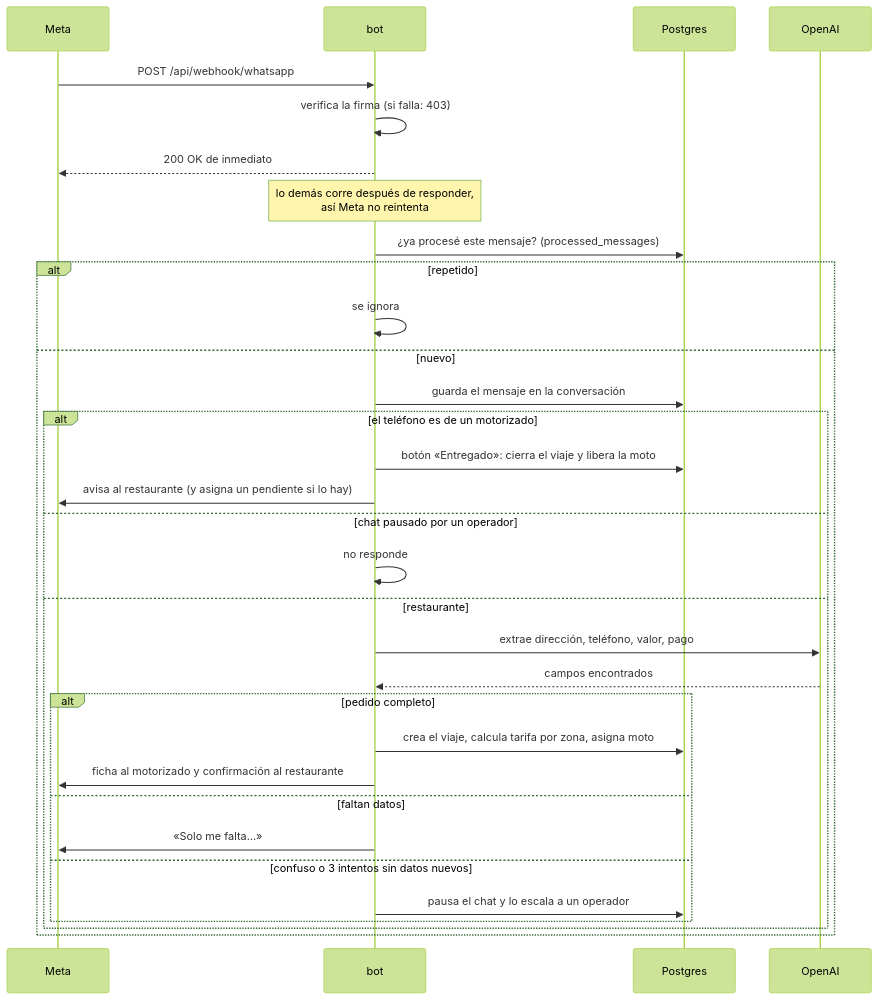
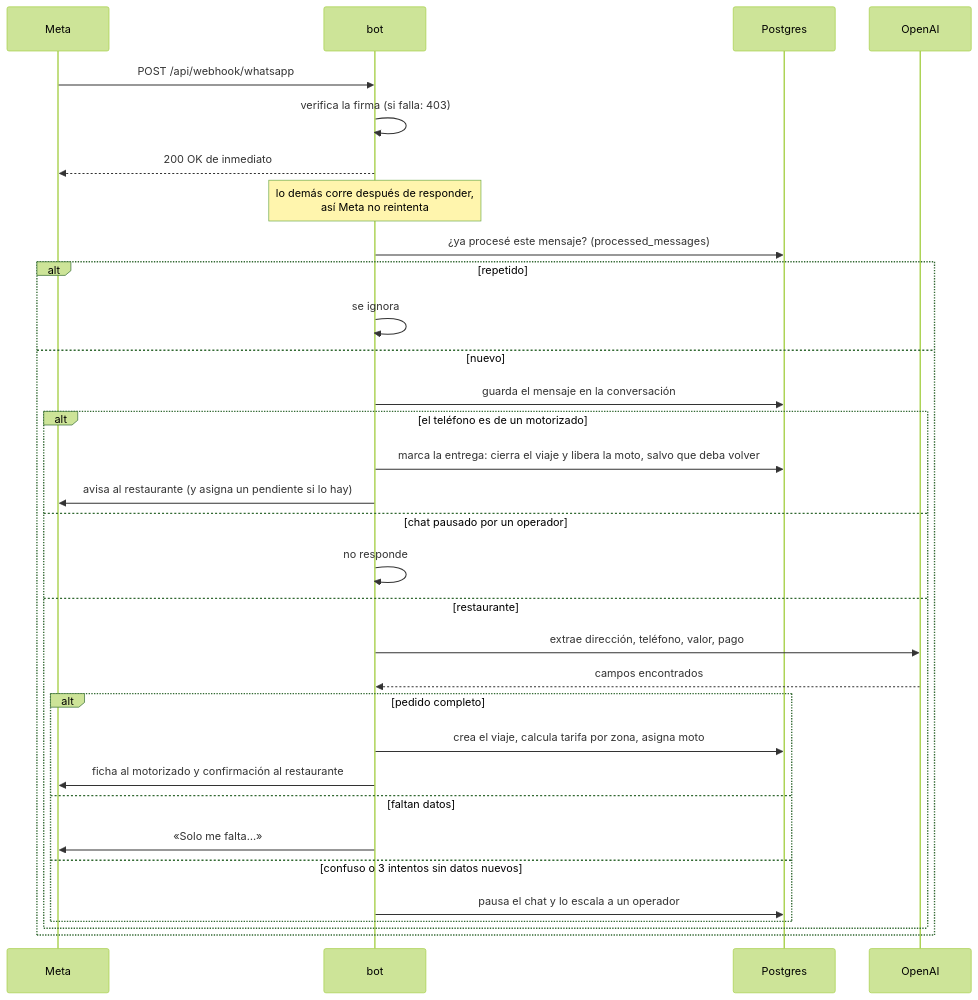
The fifth of 7 diagrams in docs/INFRAESTRUCTURA.md (clapi-labs/clapi-dispatch), drawn with Mermaid (forest theme) before and after one commit. The commit also changed other lines of this file and 64 other files, not shown here.

````diff
--- a/docs/INFRAESTRUCTURA.md
+++ b/docs/INFRAESTRUCTURA.md
@@ -197,35 +197,35 @@
 ```mermaid
 sequenceDiagram
     participant M as Meta
     participant B as bot
     participant DB as Postgres
     participant AI as OpenAI
 
     M->>B: POST /api/webhook/whatsapp
     B->>B: verifica la firma (si falla: 403)
     B-->>M: 200 OK de inmediato
     Note over B: lo demás corre después de responder,<br/>así Meta no reintenta
     B->>DB: ¿ya procesé este mensaje? (processed_messages)
     alt repetido
         B->>B: se ignora
     else nuevo
         B->>DB: guarda el mensaje en la conversación
         alt el teléfono es de un motorizado
-            B->>DB: botón «Entregado»: cierra el viaje y libera la moto
+            B->>DB: marca la entrega: cierra el viaje y libera la moto, salvo que deba volver
             B->>M: avisa al restaurante (y asigna un pendiente si lo hay)
         else chat pausado por un operador
             B->>B: no responde
         else restaurante
             B->>AI: extrae dirección, teléfono, valor, pago
             AI-->>B: campos encontrados
             alt pedido completo
                 B->>DB: crea el viaje, calcula tarifa por zona, asigna moto
                 B->>M: ficha al motorizado y confirmación al restaurante
             else faltan datos
                 B->>M: «Solo me falta…»
             else confuso o 3 intentos sin datos nuevos
                 B->>DB: pausa el chat y lo escala a un operador
             end
         end
     end
 ```
````
